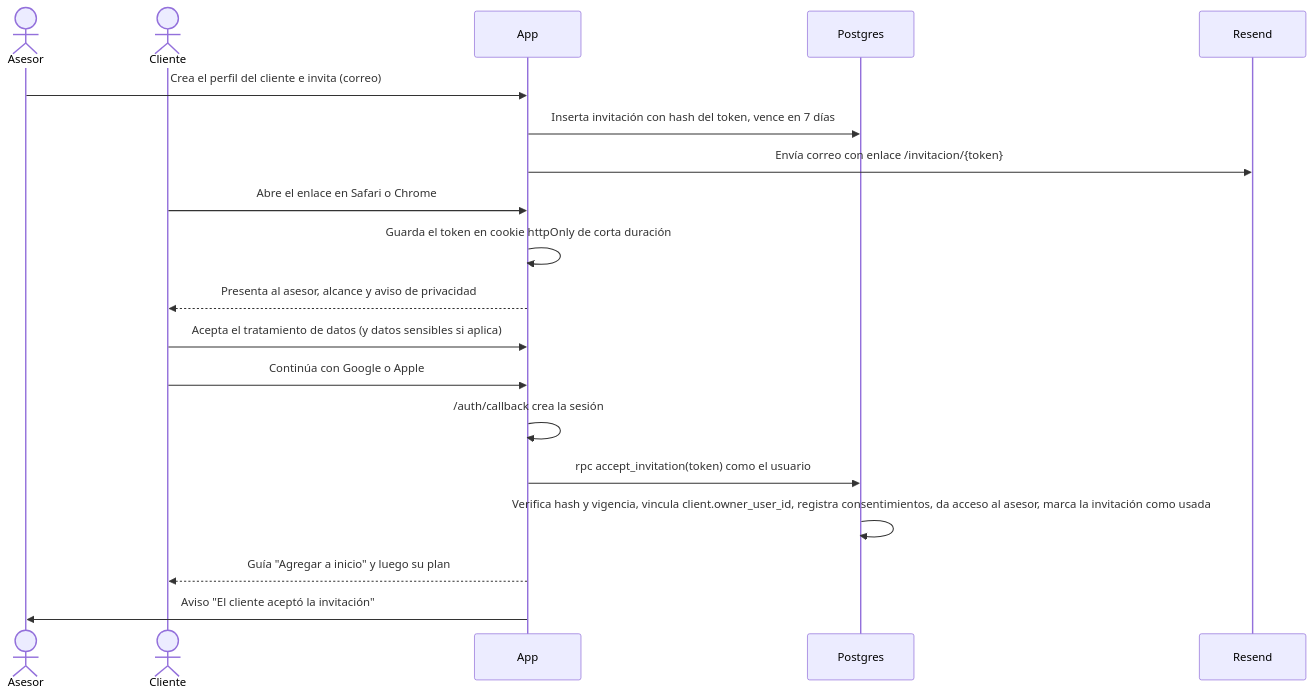
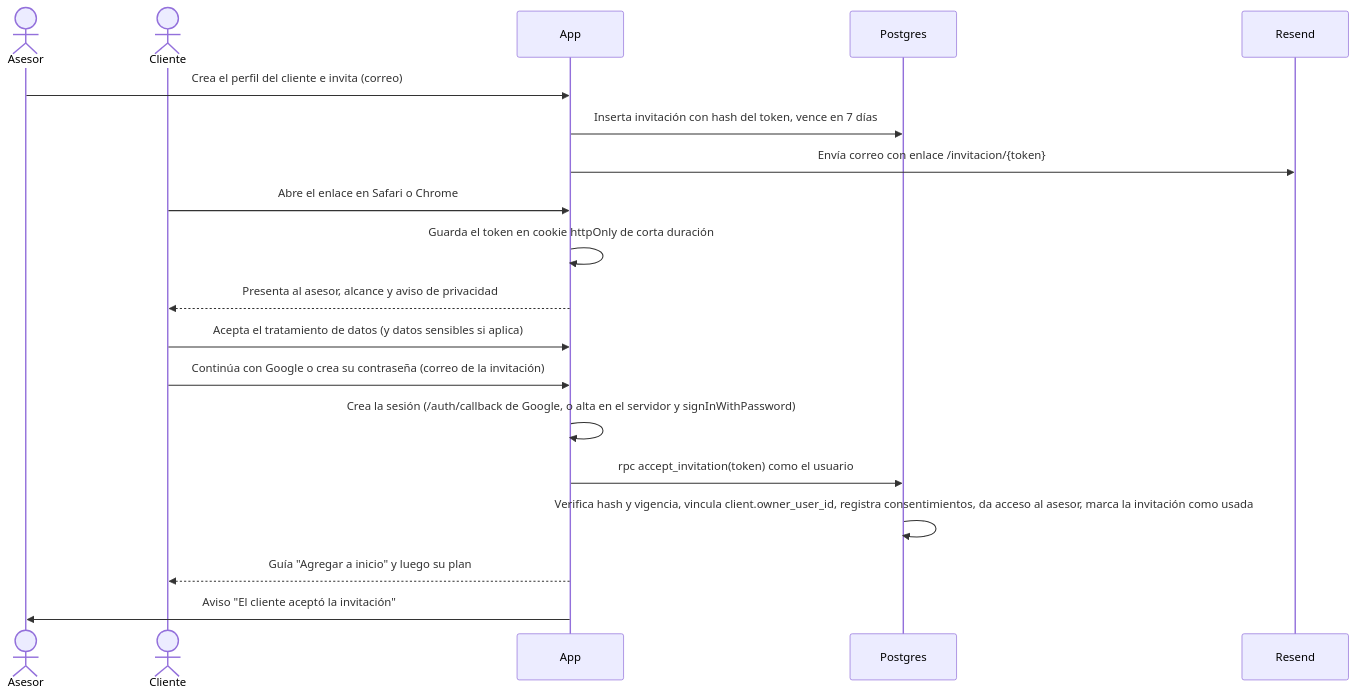
One commit to IngRetrius/mi-luca changed the third of 4 diagrams in docs/02-arquitectura.md. Above: the diagram before and after it, drawn with Mermaid. The commit also changed other lines of this file and 13 other files, not shown here.

First line of the commit message:
Inicio de sesión con Google y con correo y contraseña; entorno local

````diff
--- a/docs/02-arquitectura.md
+++ b/docs/02-arquitectura.md
@@ -144,21 +140,21 @@
 ```mermaid
 sequenceDiagram
   actor As as Asesor
   actor C as Cliente
   participant A as App
   participant DB as Postgres
   participant M as Resend
   As->>A: Crea el perfil del cliente e invita (correo)
   A->>DB: Inserta invitación con hash del token, vence en 7 días
   A->>M: Envía correo con enlace /invitacion/{token}
   C->>A: Abre el enlace en Safari o Chrome
   A->>A: Guarda el token en cookie httpOnly de corta duración
   A-->>C: Presenta al asesor, alcance y aviso de privacidad
   C->>A: Acepta el tratamiento de datos (y datos sensibles si aplica)
-  C->>A: Continúa con Google o Apple
-  A->>A: /auth/callback crea la sesión
+  C->>A: Continúa con Google o crea su contraseña (correo de la invitación)
+  A->>A: Crea la sesión (/auth/callback de Google, o alta en el servidor y signInWithPassword)
   A->>DB: rpc accept_invitation(token) como el usuario
   DB->>DB: Verifica hash y vigencia, vincula client.owner_user_id, registra consentimientos, da acceso al asesor, marca la invitación como usada
   A-->>C: Guía "Agregar a inicio" y luego su plan
   A->>As: Aviso "El cliente aceptó la invitación"
 ```
````
